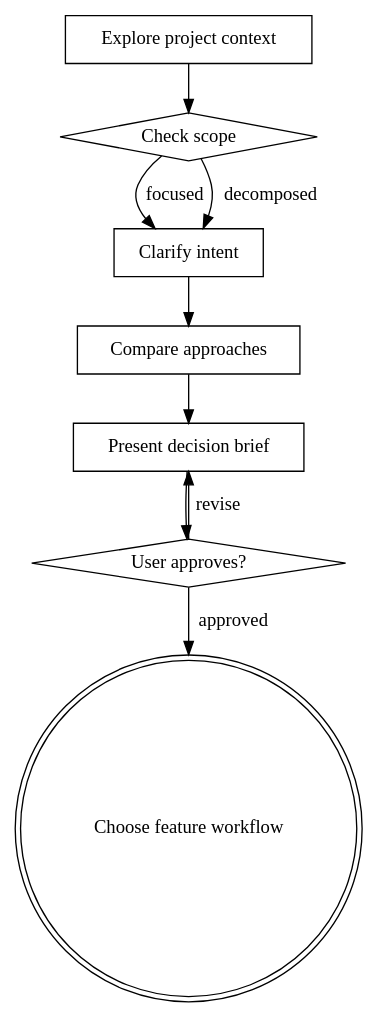
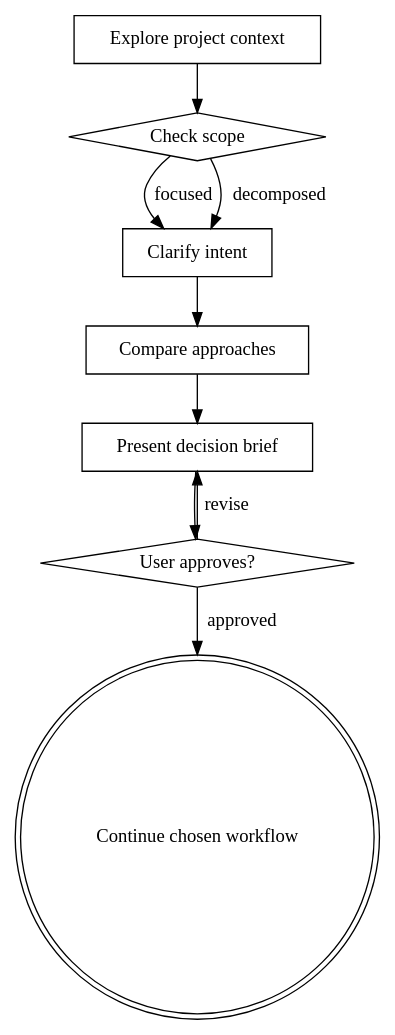
One commit to dtgbao/agent-skills changed the diagram in skills/spec-driven-development/references/brainstorming.md. Above: the diagram before and after it, drawn with Graphviz. The commit also changed other lines of this file and 4 other files, not shown here.

````diff
--- a/skills/spec-driven-development/references/brainstorming.md
+++ b/skills/spec-driven-development/references/brainstorming.md
@@ -35,20 +35,20 @@
 ```dot
 digraph brainstorming {
     "Explore project context" [shape=box];
     "Check scope" [shape=diamond];
     "Clarify intent" [shape=box];
     "Compare approaches" [shape=box];
     "Present decision brief" [shape=box];
     "User approves?" [shape=diamond];
-    "Choose feature workflow" [shape=doublecircle];
+    "Continue chosen workflow" [shape=doublecircle];
 
     "Explore project context" -> "Check scope";
     "Check scope" -> "Clarify intent" [label="focused"];
     "Check scope" -> "Clarify intent" [label="decomposed"];
     "Clarify intent" -> "Compare approaches";
     "Compare approaches" -> "Present decision brief";
     "Present decision brief" -> "User approves?";
     "User approves?" -> "Present decision brief" [label="revise"];
-    "User approves?" -> "Choose feature workflow" [label="approved"];
+    "User approves?" -> "Continue chosen workflow" [label="approved"];
 }
 ```
````
